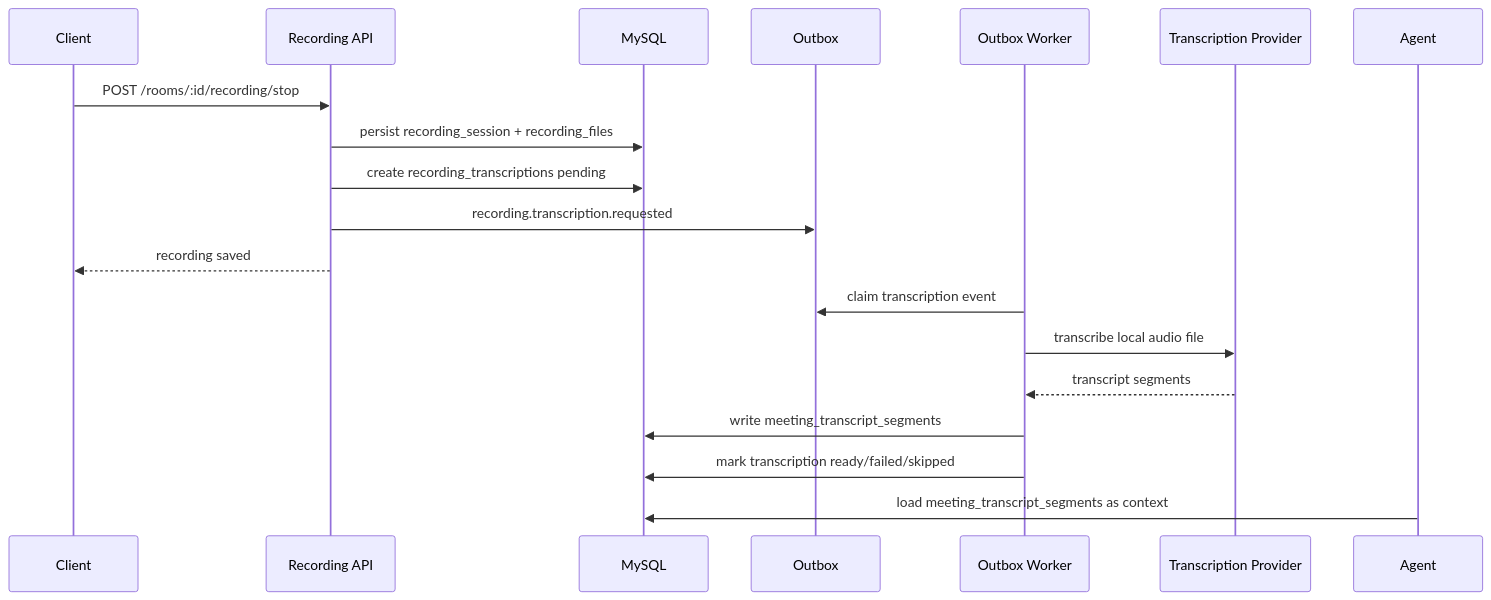
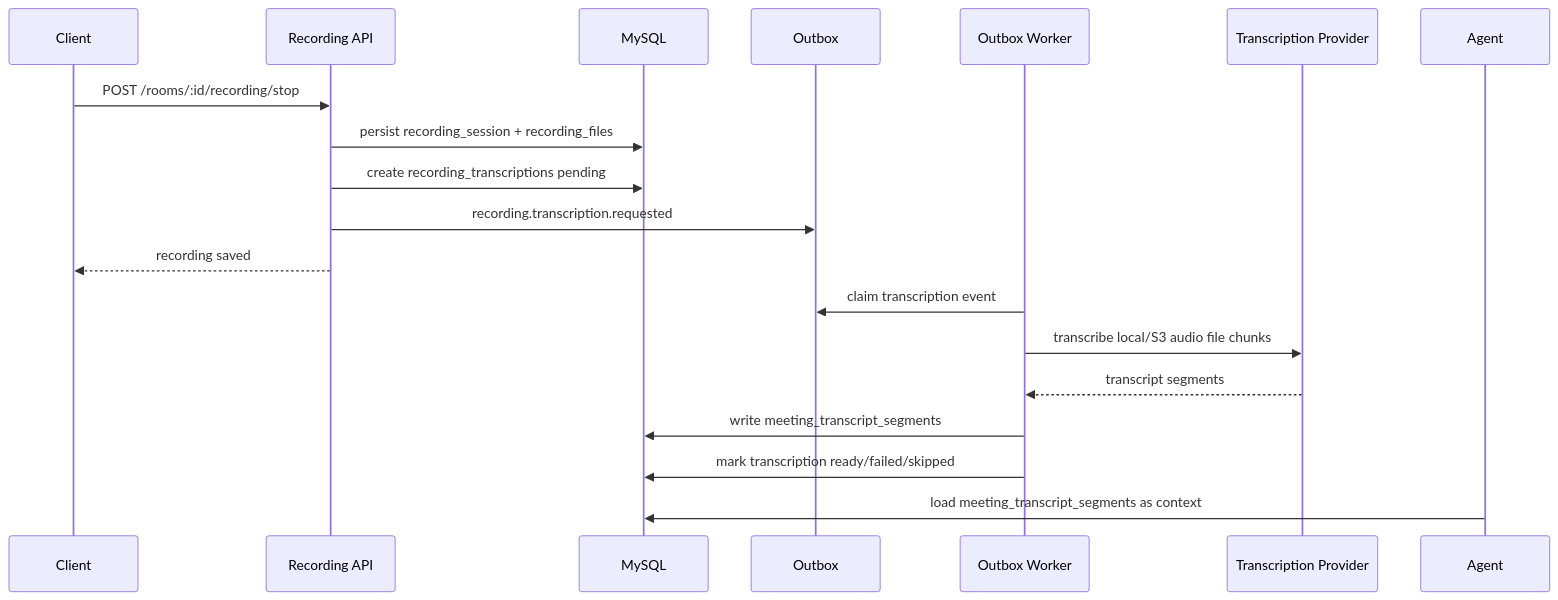
One commit to XianingY/AllCallAll changed the third of 4 diagrams in docs/interview/system-design.md. Above: the diagram before and after it, drawn with Mermaid. The commit also changed other lines of this file and 15 other files, not shown here.

````diff
--- a/docs/interview/system-design.md
+++ b/docs/interview/system-design.md
@@ -90,22 +90,22 @@
 ```mermaid
 sequenceDiagram
     participant Client
     participant API as Recording API
     participant DB as MySQL
     participant Outbox
     participant Worker as Outbox Worker
     participant Provider as Transcription Provider
     participant Agent
 
     Client->>API: POST /rooms/:id/recording/stop
     API->>DB: persist recording_session + recording_files
     API->>DB: create recording_transcriptions pending
     API->>Outbox: recording.transcription.requested
     API-->>Client: recording saved
     Worker->>Outbox: claim transcription event
-    Worker->>Provider: transcribe local audio file
+    Worker->>Provider: transcribe local/S3 audio file chunks
     Provider-->>Worker: transcript segments
     Worker->>DB: write meeting_transcript_segments
     Worker->>DB: mark transcription ready/failed/skipped
     Agent->>DB: load meeting_transcript_segments as context
 ```
````
